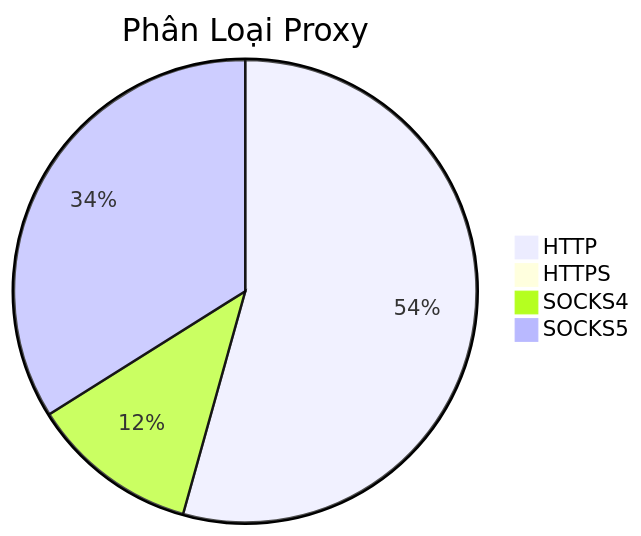
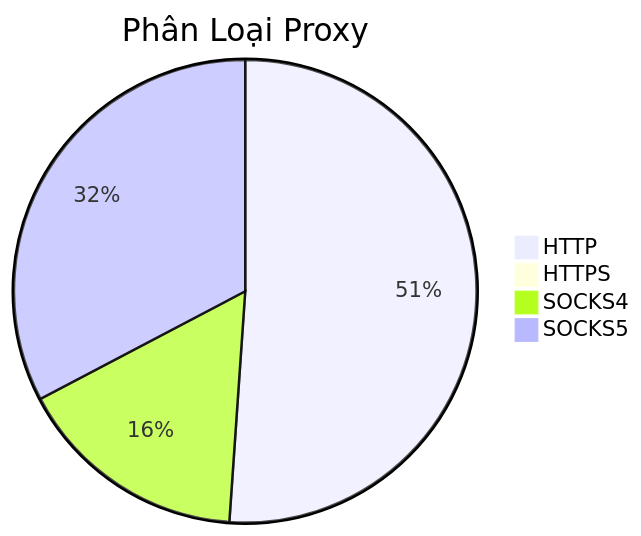
The diagram in README.md (Ciara-Aa/PROXY-free), drawn with Mermaid before and after one commit. The commit also changed other lines of this file and 4 other files, not shown here.

````diff
--- a/README.md
+++ b/README.md
@@ -26,7 +26,7 @@
 ```mermaid
 pie title Phân Loại Proxy
-    "HTTP" : 370
-    "HTTPS" : 4
-    "SOCKS4" : 80
-    "SOCKS5" : 231
+    "HTTP" : 350
+    "HTTPS" : 5
+    "SOCKS4" : 111
+    "SOCKS5" : 224
 ```
````
